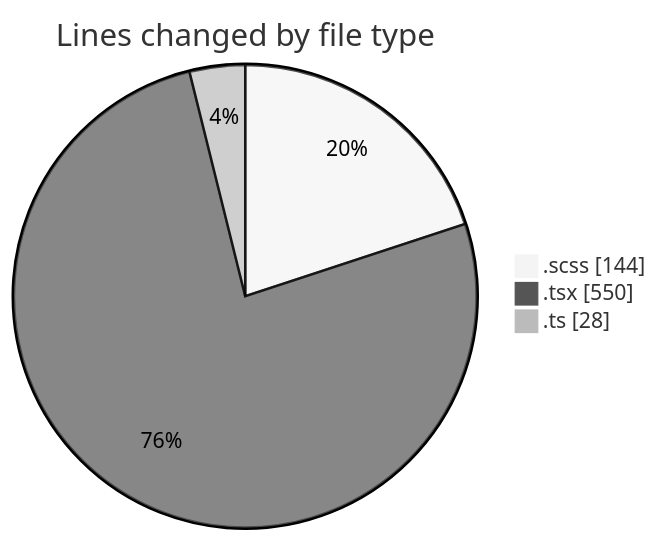
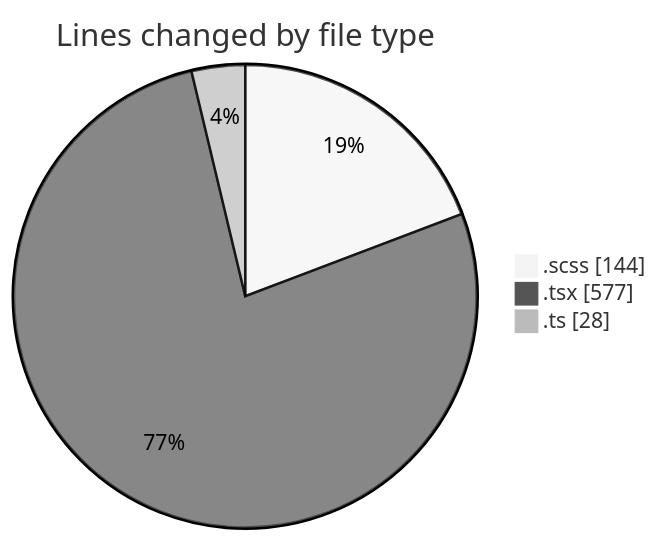
The first of 2 diagrams in 2025-02-10/cda/README.md (momahboobian/code-tracking), drawn with Mermaid (neutral theme) before and after one commit. The commit also changed other lines of this file and 1 other file, not shown here.

````diff
--- a/2025-02-10/cda/README.md
+++ b/2025-02-10/cda/README.md
@@ -25,7 +25,7 @@
 ```mermaid
 pie showData
 title Lines changed by file type
 ".scss" : 144
-".tsx" : 550
+".tsx" : 577
 ".ts" : 28
 ```
````
